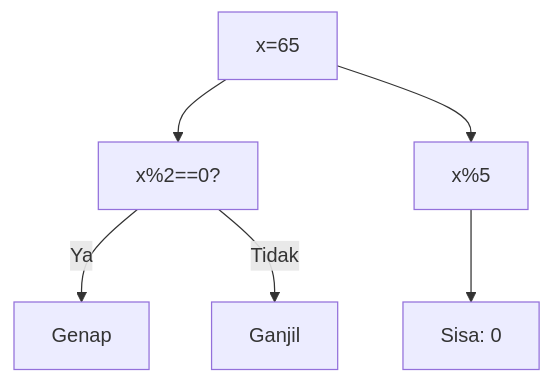
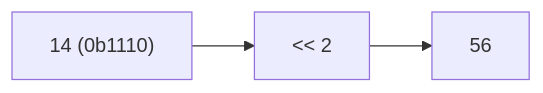
Before and after one commit to amnahwaida/OSNK_INF_PREP: the second of 25 diagrams in part-c-pemahaman-cpp/06-bitwise/latihan/set-07.md, drawn with Mermaid. The commit also changed other lines of this file and 71 other files, not shown here.

````diff
--- a/part-c-pemahaman-cpp/06-bitwise/latihan/set-07.md
+++ b/part-c-pemahaman-cpp/06-bitwise/latihan/set-07.md
@@ -23,8 +47,5 @@
 ```mermaid
-graph TD
-A["x=65"] --> B["x%2==0?"]
-B -- Ya --> C["Genap"]
-B -- Tidak --> D["Ganjil"]
-A --> E["x%5"]
-E --> F["Sisa: 0"]
+graph LR
+A["14 (0b1110)"] --> B["<< 2"]
+B --> C["56"]
 ```
````
